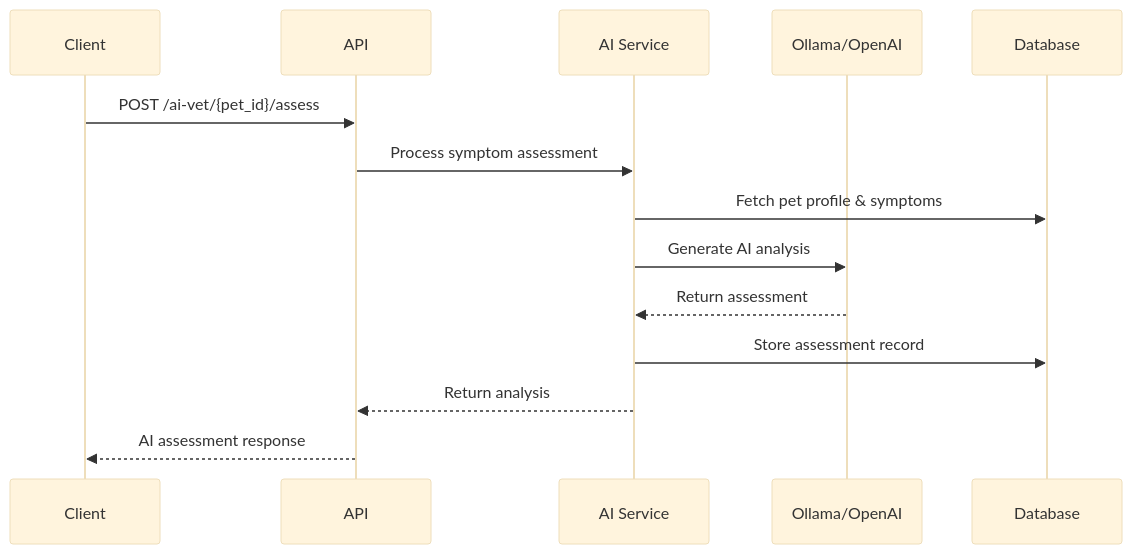
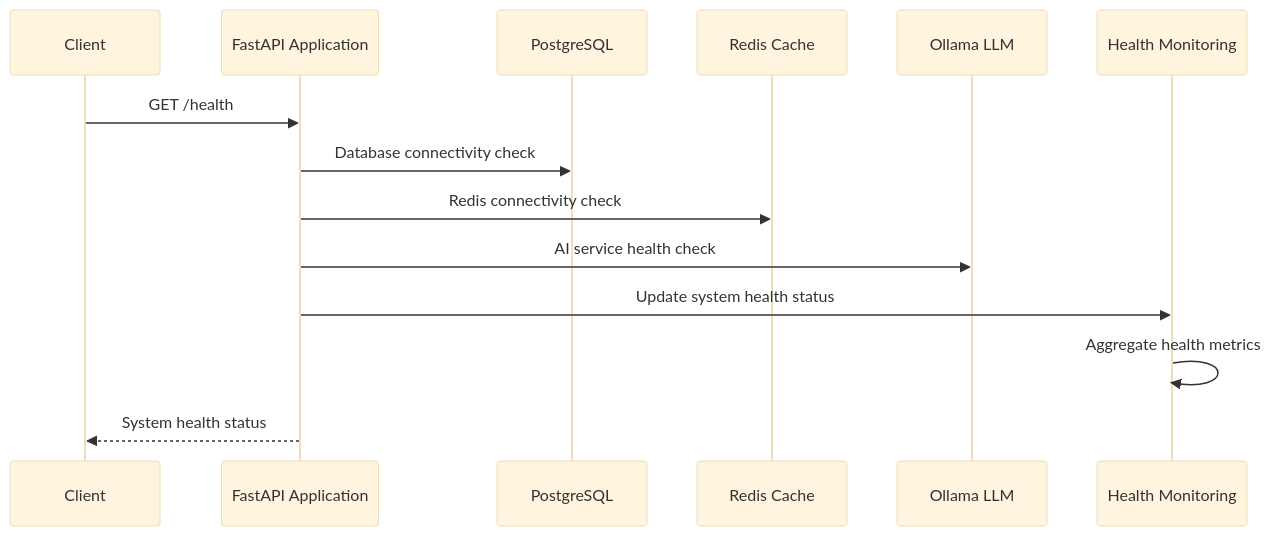
The fourth of 4 diagrams in docs/system-design/architecture/architecture_diagram.md (tc2780/Pet-Health-AI-API), drawn with Mermaid (base theme) before and after one commit. The commit also changed other lines of this file and 15 other files, not shown here.

````diff
--- a/docs/system-design/architecture/architecture_diagram.md
+++ b/docs/system-design/architecture/architecture_diagram.md
@@ -116,17 +225,17 @@
 ```mermaid
 sequenceDiagram
     participant C as Client
-    participant A as API
-    participant AI as AI Service
-    participant LLM as Ollama/OpenAI
-    participant D as Database
+    participant A as FastAPI Application
+    participant DB as PostgreSQL
+    participant R as Redis Cache
+    participant O as Ollama LLM
+    participant M as Health Monitoring
     
-    C->>A: POST /ai-vet/{pet_id}/assess
-    A->>AI: Process symptom assessment
-    AI->>D: Fetch pet profile & symptoms
-    AI->>LLM: Generate AI analysis
-    LLM-->>AI: Return assessment
-    AI->>D: Store assessment record
-    AI-->>A: Return analysis
-    A-->>C: AI assessment response
+    C->>A: GET /health
+    A->>DB: Database connectivity check
+    A->>R: Redis connectivity check  
+    A->>O: AI service health check
+    A->>M: Update system health status
+    M->>M: Aggregate health metrics
+    A-->>C: System health status
 ```
````
